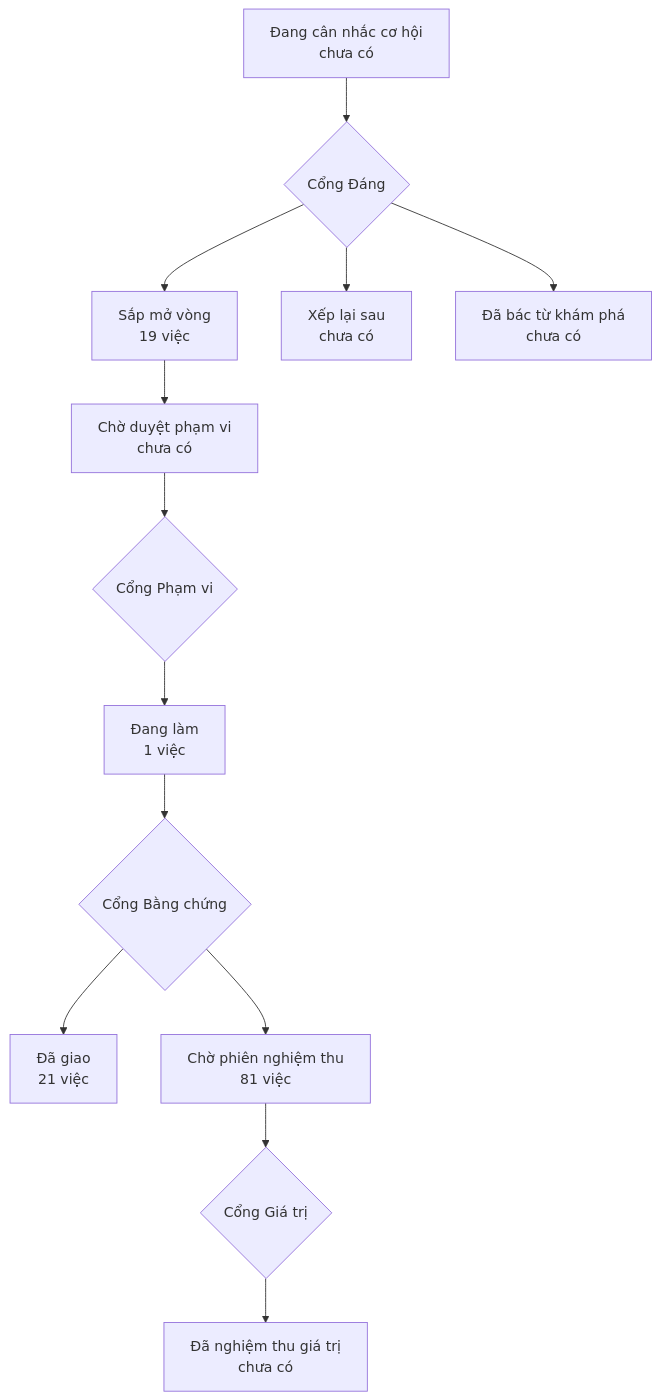
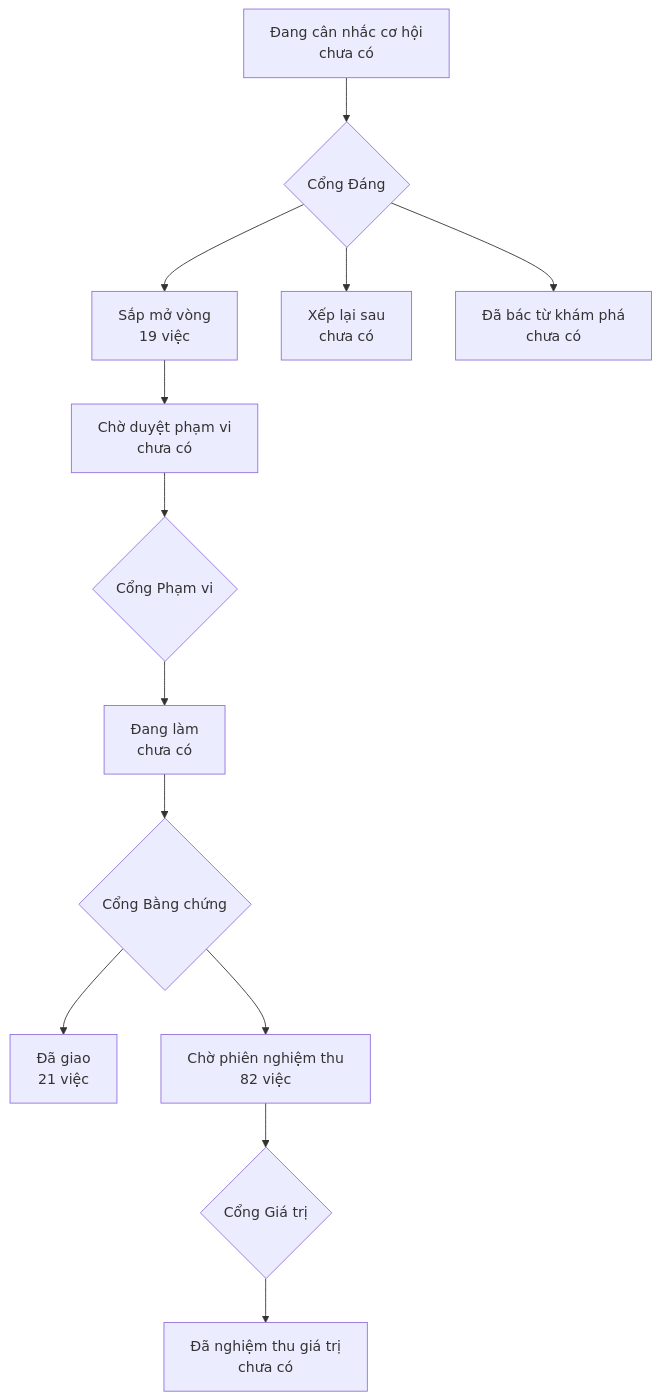
Before and after one commit to phanlemanh/onehub-quy-hang: the diagram in PRODUCT-MAP.md, drawn with Mermaid. The commit also changed other lines of this file and 8 other files, not shown here.

````diff
--- a/PRODUCT-MAP.md
+++ b/PRODUCT-MAP.md
@@ -7,12 +7,12 @@
 ```mermaid
 flowchart TD
   A["Đang cân nhắc cơ hội<br/>chưa có"] --> GD{"Cổng Đáng"}
   GD --> B["Sắp mở vòng<br/>19 việc"]
   GD --> XL["Xếp lại sau<br/>chưa có"]
   GD --> DB["Đã bác từ khám phá<br/>chưa có"]
   B --> CD["Chờ duyệt phạm vi<br/>chưa có"] --> GP{"Cổng Phạm vi"}
-  GP --> DL["Đang làm<br/>1 việc"] --> GB{"Cổng Bằng chứng"}
+  GP --> DL["Đang làm<br/>chưa có"] --> GB{"Cổng Bằng chứng"}
   GB --> DG["Đã giao<br/>21 việc"]
-  GB --> CN["Chờ phiên nghiệm thu<br/>81 việc"] --> GG{"Cổng Giá trị"}
+  GB --> CN["Chờ phiên nghiệm thu<br/>82 việc"] --> GG{"Cổng Giá trị"}
   GG --> NT["Đã nghiệm thu giá trị<br/>chưa có"]
 ```
````
